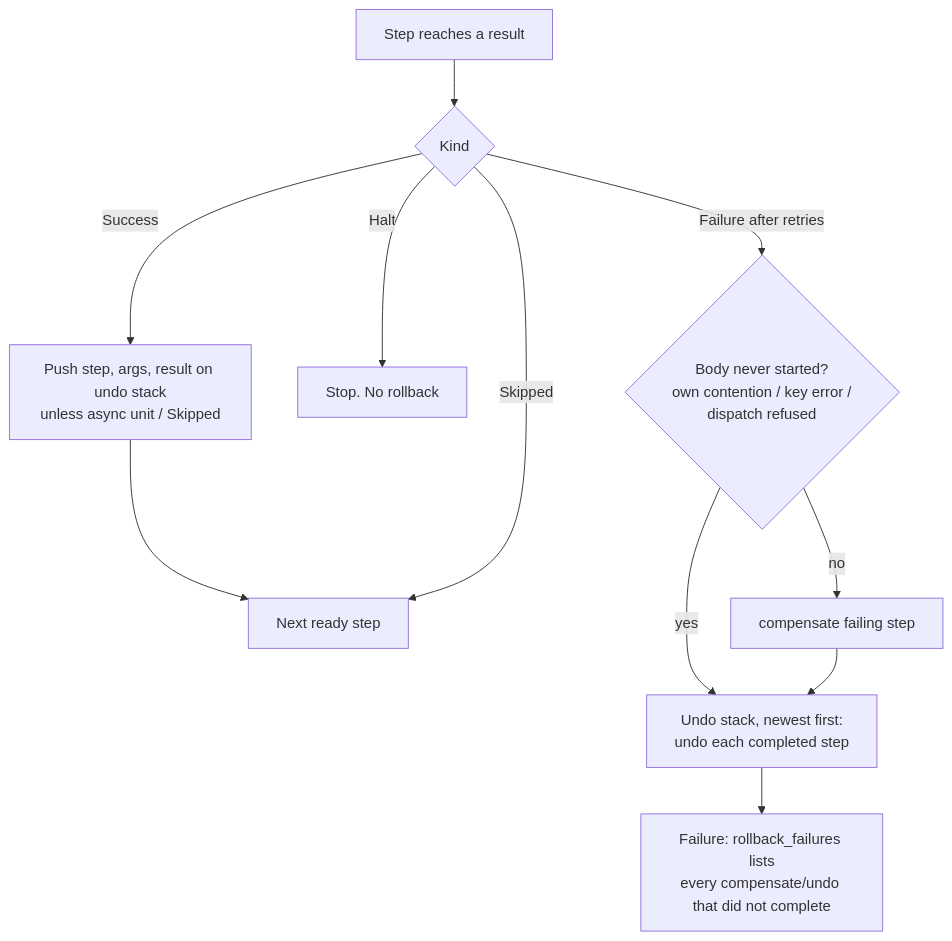
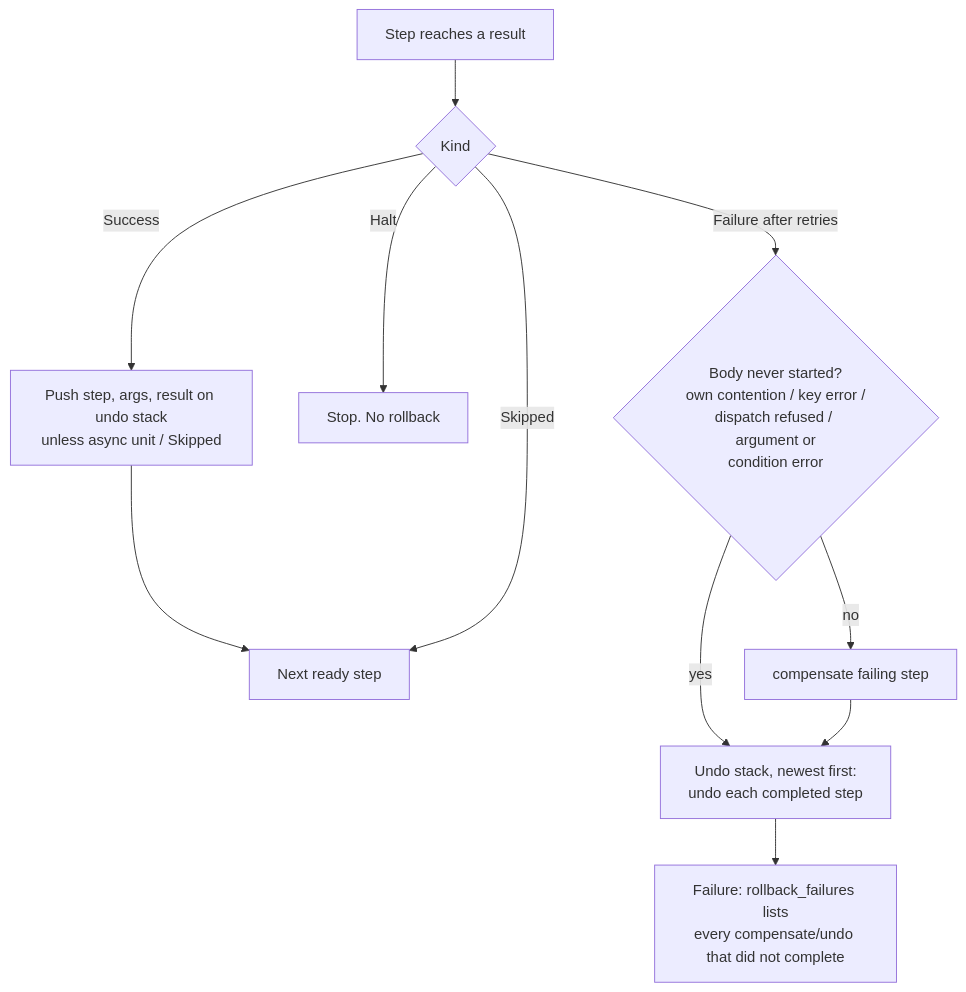
The diagram in specs/007-execution-flow-analysis/analysis/execution-order.md (arturictus/ruby_reactor), drawn with Mermaid before and after one commit. The commit also changed other lines of this file and 20 other files, not shown here.

````diff
--- a/specs/007-execution-flow-analysis/analysis/execution-order.md
+++ b/specs/007-execution-flow-analysis/analysis/execution-order.md
@@ -22,13 +27,13 @@
 ```mermaid
 flowchart TD
   S[Step reaches a result] --> K{Kind}
   K -->|Success| P[Push step, args, result on undo stack<br/>unless async unit / Skipped]
   P --> N[Next ready step]
   K -->|Skipped| N
   K -->|Halt| H[Stop. No rollback]
-  K -->|Failure after retries| NS{Body never started?<br/>own contention / key error /<br/>dispatch refused}
+  K -->|Failure after retries| NS{Body never started?<br/>own contention / key error /<br/>dispatch refused / argument or<br/>condition error}
   NS -->|yes| U
   NS -->|no| C[compensate failing step]
   C --> U[Undo stack, newest first:<br/>undo each completed step]
   U --> F[Failure: rollback_failures lists<br/>every compensate/undo that did not complete]
 ```
````
